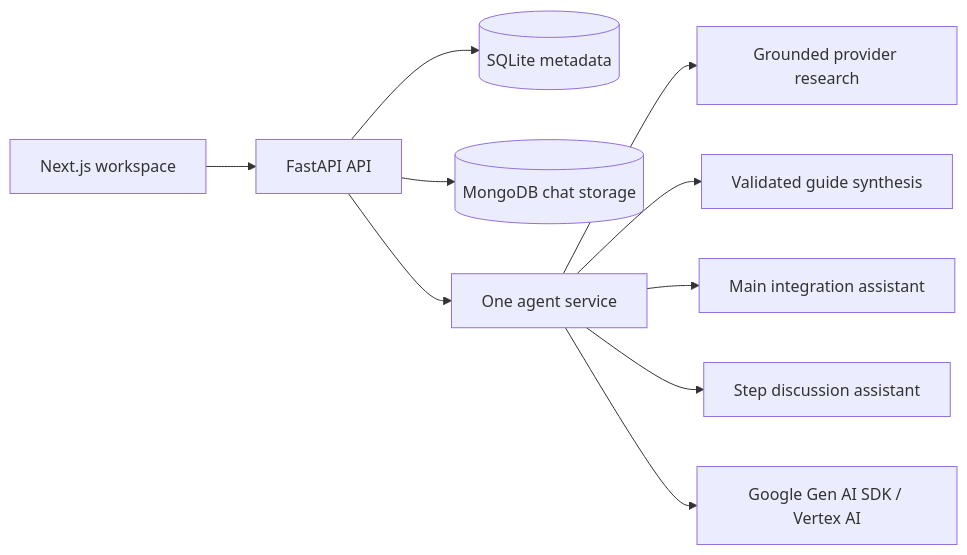
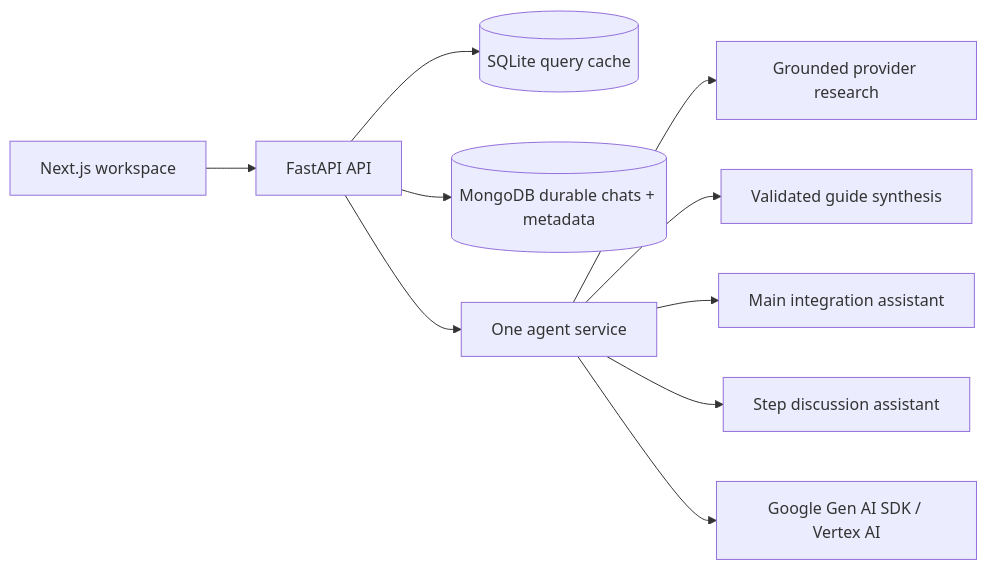
One commit to arpandesai0/integration-copilot changed the diagram in README.md. Above: the diagram before and after it, drawn with Mermaid. The commit also changed other lines of this file and 6 other files, not shown here.

Commit message:
Persist application metadata in MongoDB

````diff
--- a/README.md
+++ b/README.md
@@ -59,12 +59,12 @@
 ```mermaid
 flowchart LR
     UI[Next.js workspace] --> API[FastAPI API]
-    API --> Metadata[(SQLite metadata)]
-    API --> Mongo[(MongoDB chat storage)]
+    API --> Cache[(SQLite query cache)]
+    API --> Mongo[(MongoDB durable chats + metadata)]
     API --> Agent[One agent service]
     Agent --> Research[Grounded provider research]
     Agent --> Synthesis[Validated guide synthesis]
     Agent --> Main[Main integration assistant]
     Agent --> Step[Step discussion assistant]
     Agent --> Vertex[Google Gen AI SDK / Vertex AI]
 ```
````
